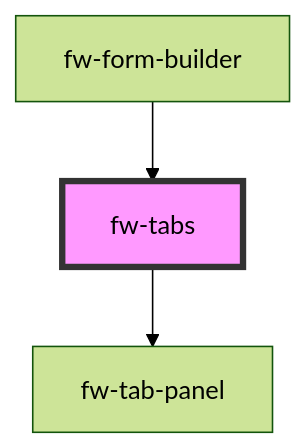
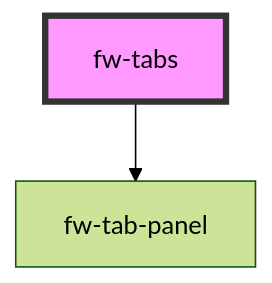
The diagram in packages/crayons-core/src/components/tabs/readme.md (freshworks/crayons), drawn with Mermaid (forest theme) before and after one commit. The commit also changed other lines of this file and 29 other files, not shown here.

Commit message:
fix(form-builder): component changes based on form builder requirements

````diff
--- a/packages/crayons-core/src/components/tabs/readme.md
+++ b/packages/crayons-core/src/components/tabs/readme.md
@@ -170,6 +166,5 @@
 ```mermaid
 graph TD;
   fw-tabs --> fw-tab-panel
-  fw-form-builder --> fw-tabs
   style fw-tabs fill:#f9f,stroke:#333,stroke-width:4px
 ```
````
